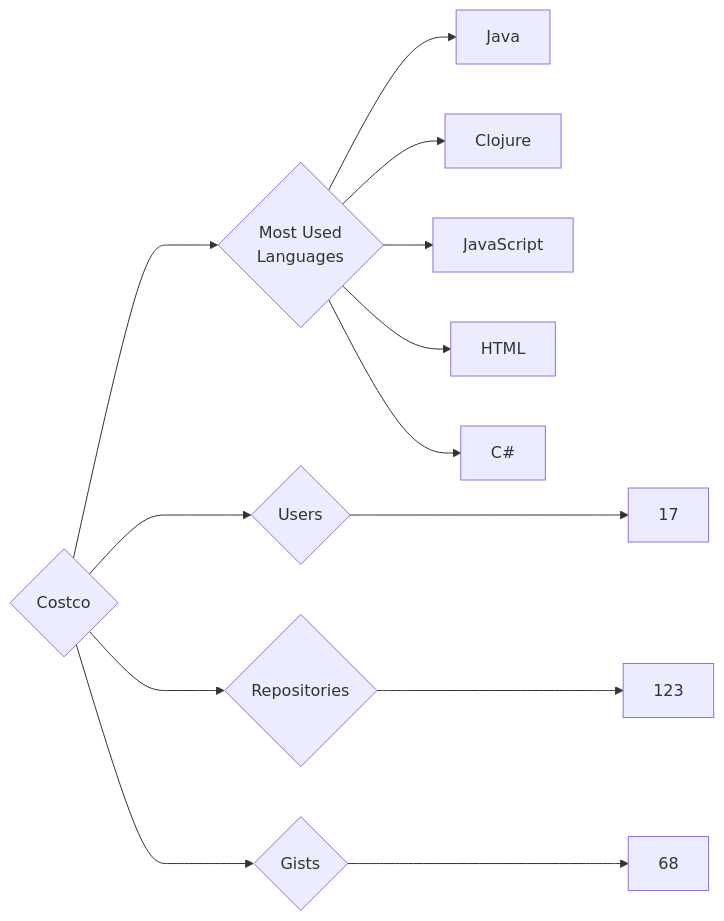
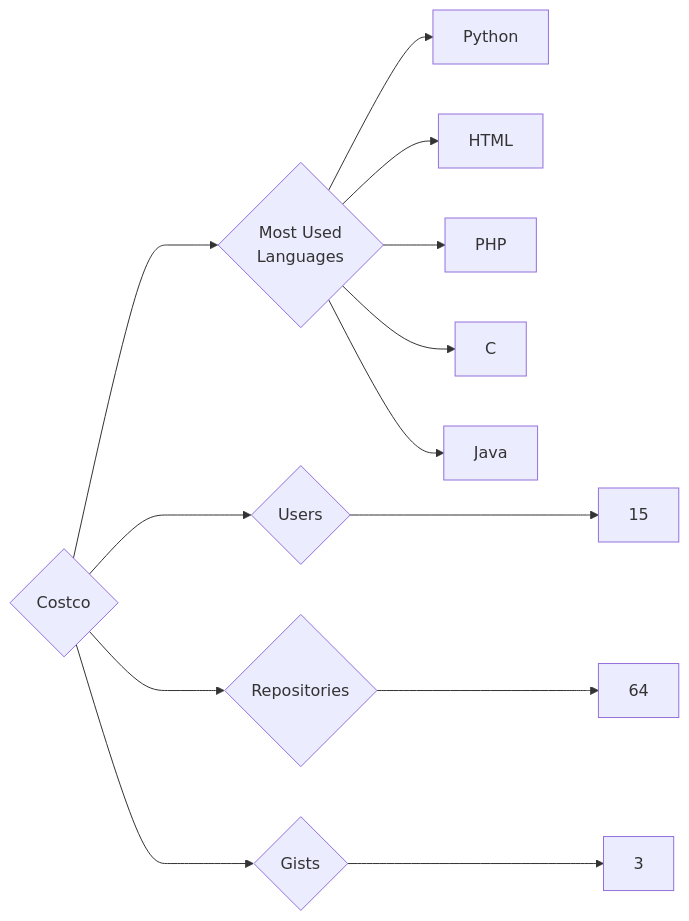
Before and after one commit to trickest/insiders: the diagram in targets/Costco/README.md, drawn with Mermaid. The commit also changed 891 other files, not shown here.

````diff
--- a/targets/Costco/README.md
+++ b/targets/Costco/README.md
@@ -3,13 +3,13 @@
 ```mermaid
 graph LR
 COMPANY_NAME{Costco}
-COMPANY_NAME ---> U{Users} ---> UN[17]
-COMPANY_NAME ---> R{Repositories} ---> RN[123]
-COMPANY_NAME ---> G{Gists} ---> GN[68]
+COMPANY_NAME ---> U{Users} ---> UN[15]
+COMPANY_NAME ---> R{Repositories} ---> RN[64]
+COMPANY_NAME ---> G{Gists} ---> GN[3]
 COMPANY_NAME ---> ML{Most Used<br>Languages}
+ML --> Python[Python]
+ML --> HTML[HTML]
+ML --> PHP[PHP]
+ML --> C[C]
 ML --> Java[Java]
-ML --> Clojure[Clojure]
-ML --> JavaScript[JavaScript]
-ML --> HTML[HTML]
-ML --> C#[C#]
 ```
````
